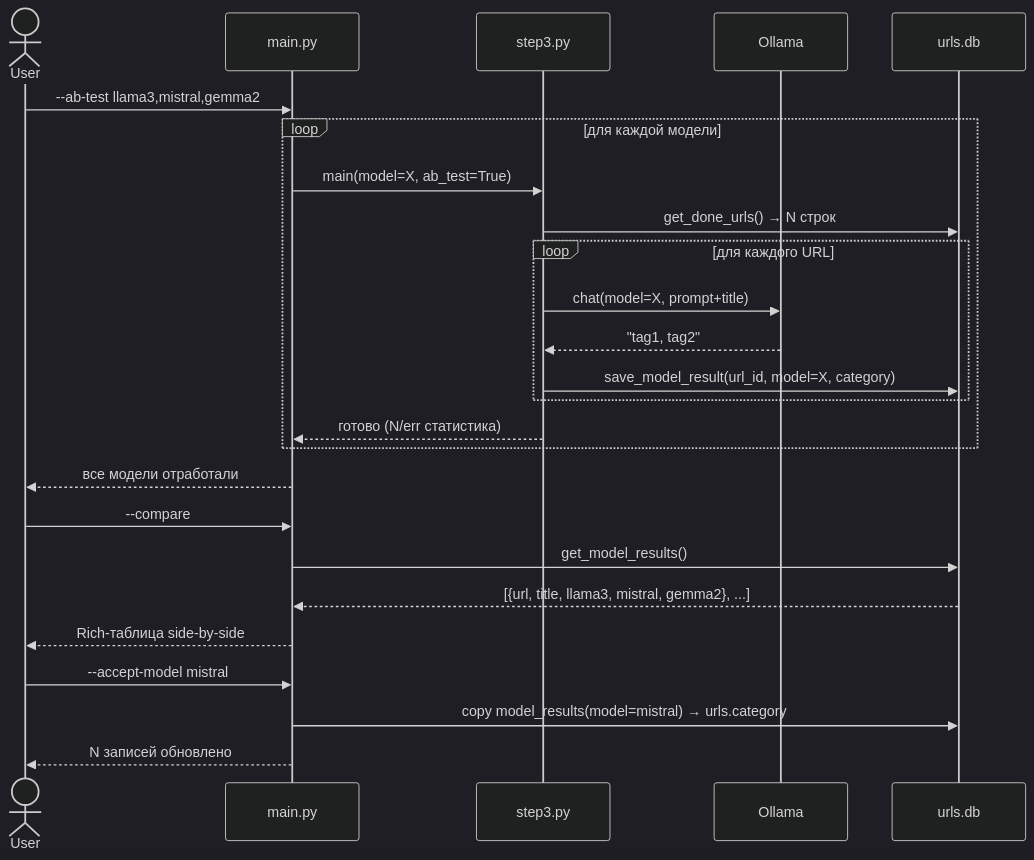
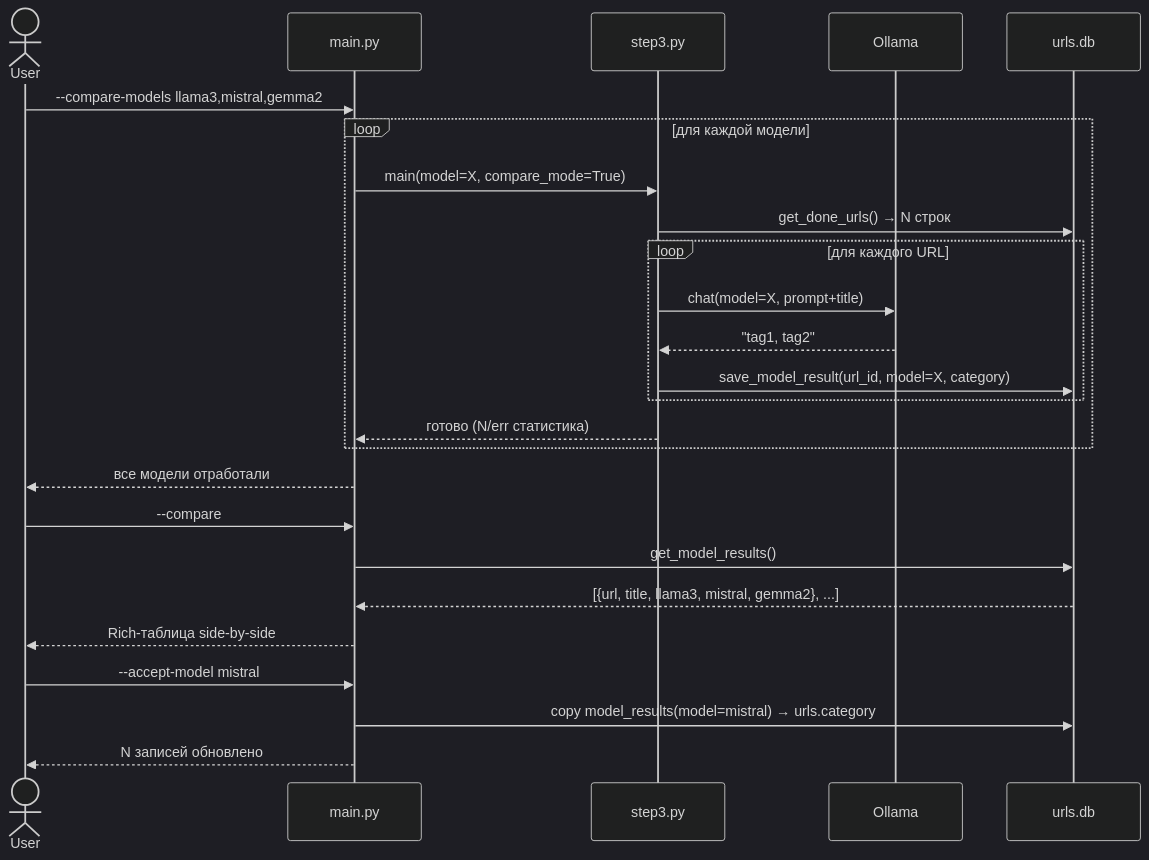
The third of 4 diagrams in docs/models-compare.md (ioncat/web-page-classifier), drawn with Mermaid (dark theme) before and after one commit. The commit also changed other lines of this file, not shown here.

First line of the commit message:
Rename A/B testing → model comparison throughout docs

````diff
--- a/docs/models-compare.md
+++ b/docs/models-compare.md
@@ -87,34 +87,34 @@
 ```mermaid
 sequenceDiagram
     actor User
     participant CLI as main.py
     participant S3  as step3.py
     participant OL  as Ollama
     participant DB  as urls.db
 
-    User->>CLI: --ab-test llama3,mistral,gemma2
+    User->>CLI: --compare-models llama3,mistral,gemma2
 
     loop для каждой модели
-        CLI->>S3: main(model=X, ab_test=True)
+        CLI->>S3: main(model=X, compare_mode=True)
         S3->>DB: get_done_urls() → N строк
 
         loop для каждого URL
             S3->>OL: chat(model=X, prompt+title)
             OL-->>S3: "tag1, tag2"
             S3->>DB: save_model_result(url_id, model=X, category)
         end
 
         S3-->>CLI: готово (N/err статистика)
     end
 
     CLI-->>User: все модели отработали
 
     User->>CLI: --compare
     CLI->>DB: get_model_results()
     DB-->>CLI: [{url, title, llama3, mistral, gemma2}, ...]
     CLI-->>User: Rich-таблица side-by-side
 
     User->>CLI: --accept-model mistral
     CLI->>DB: copy model_results(model=mistral) → urls.category
     CLI-->>User: N записей обновлено
 ```
````
